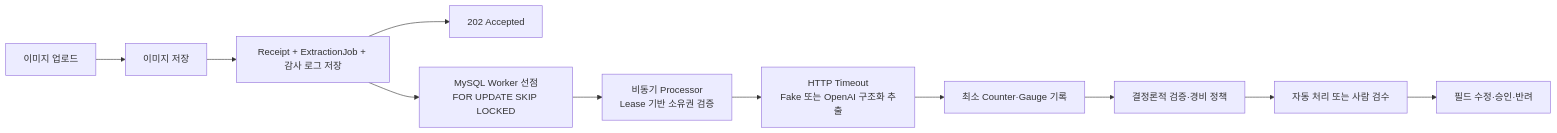
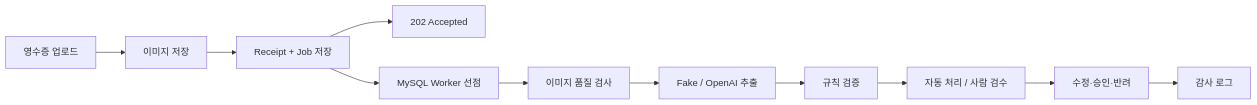
Before and after one commit to firsttimeman/receipt-expense-review: the diagram in README.md, drawn with Mermaid. The commit also changed other lines of this file and 3 other files, not shown here.

````diff
--- a/README.md
+++ b/README.md
@@ -50,13 +69,13 @@
 ```mermaid
 flowchart LR
-    A["이미지 업로드"] --> B["이미지 저장"]
-    B --> C["Receipt + ExtractionJob + 감사 로그 저장"]
+    A["영수증 업로드"] --> B["이미지 저장"]
+    B --> C["Receipt + Job 저장"]
     C --> D["202 Accepted"]
-    C --> E["MySQL Worker 선점<br/>FOR UPDATE SKIP LOCKED"]
-    E --> F["비동기 Processor<br/>Lease 기반 소유권 검증"]
-    F --> H["HTTP Timeout<br/>Fake 또는 OpenAI 구조화 추출"]
-    H --> K["최소 Counter·Gauge 기록"]
-    K --> L["결정론적 검증·경비 정책"]
-    L --> I["자동 처리 또는 사람 검수"]
-    I --> J["필드 수정·승인·반려"]
+    C --> E["MySQL Worker 선점"]
+    E --> F["이미지 품질 검사"]
+    F --> G["Fake / OpenAI 추출"]
+    G --> H["규칙 검증"]
+    H --> I["자동 처리 / 사람 검수"]
+    I --> J["수정·승인·반려"]
+    J --> K["감사 로그"]
 ```
````
